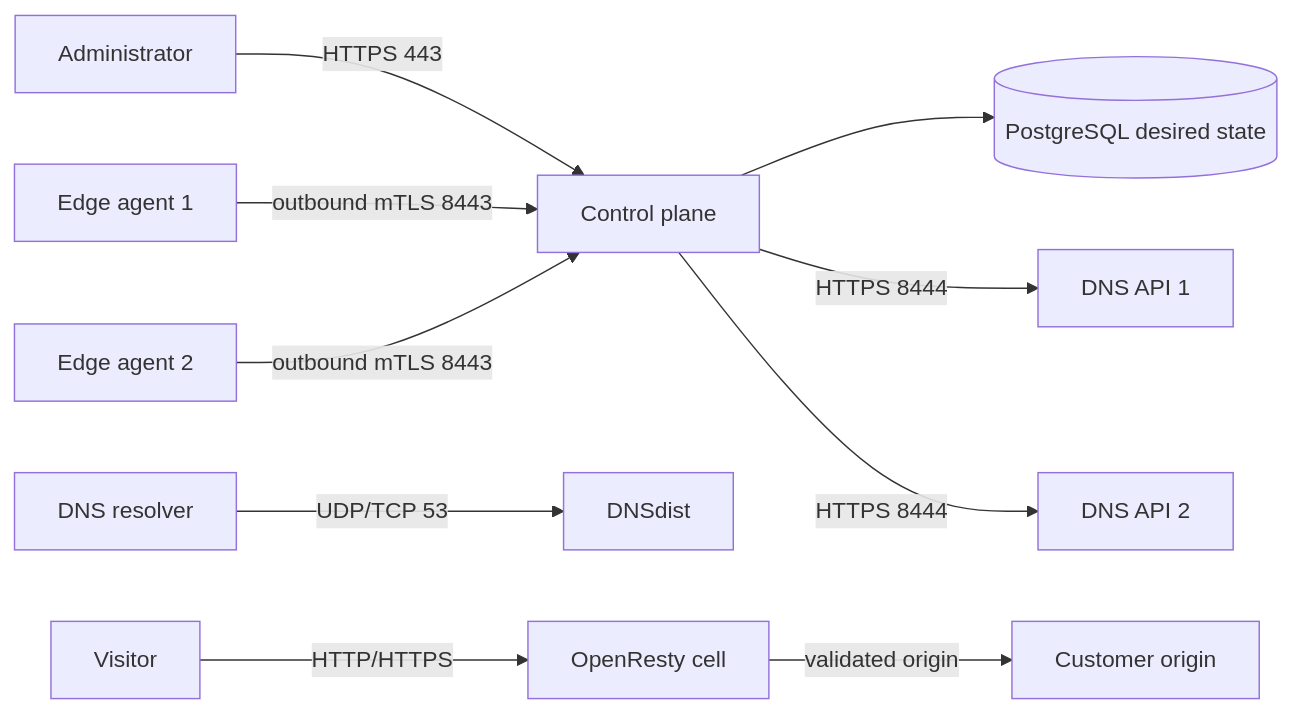
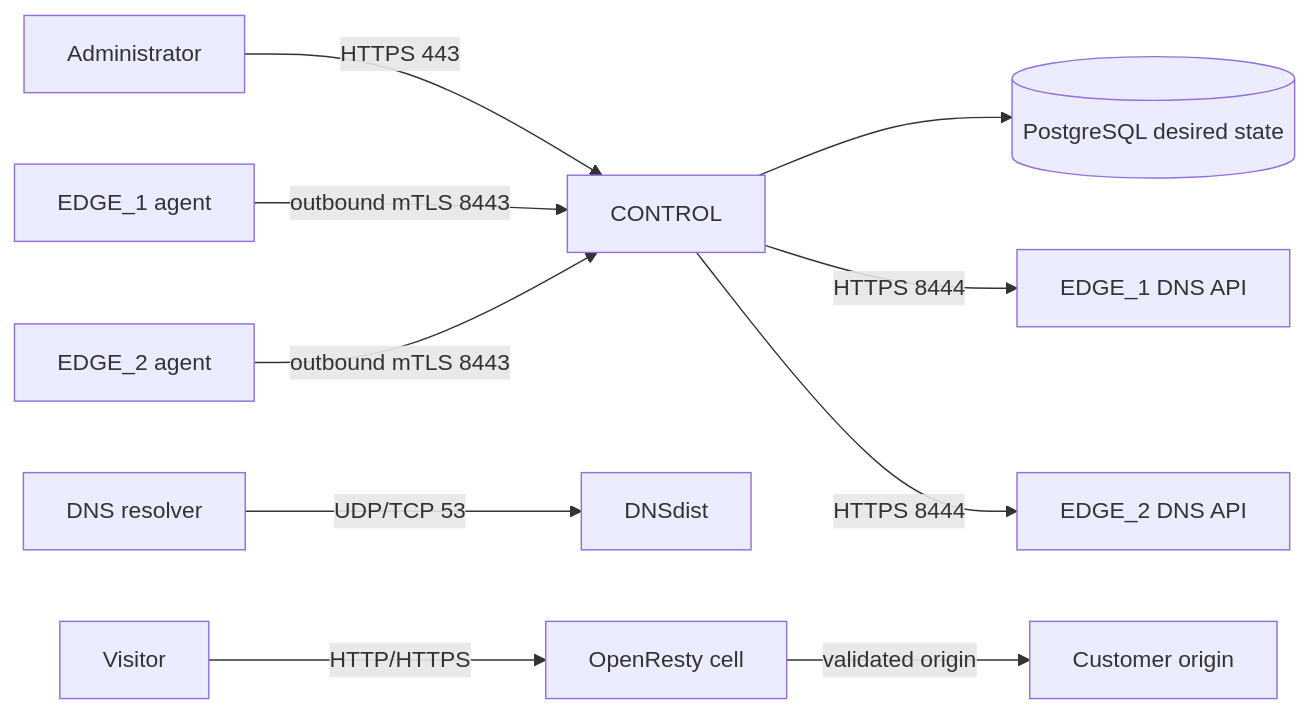
One commit to vaheed/CDNFoundry changed the diagram in docs/deployment/production-quick-start.md. Above: the diagram before and after it, drawn with Mermaid. The commit also changed other lines of this file and 73 other files, not shown here.

First line of the commit message:
Enhance documentation and code for edge agent and configuration management

````diff
--- a/docs/deployment/production-quick-start.md
+++ b/docs/deployment/production-quick-start.md
@@ -48,12 +48,12 @@
 ```mermaid
 flowchart LR
-    Admin["Administrator"] -->|"HTTPS 443"| Control["Control plane"]
+    Admin["Administrator"] -->|"HTTPS 443"| Control["CONTROL"]
     Control --> Desired[("PostgreSQL desired state")]
-    Agent1["Edge agent 1"] -->|"outbound mTLS 8443"| Control
-    Agent2["Edge agent 2"] -->|"outbound mTLS 8443"| Control
-    Control -->|"HTTPS 8444"| DNS1["DNS API 1"]
-    Control -->|"HTTPS 8444"| DNS2["DNS API 2"]
+    Agent1["EDGE_1 agent"] -->|"outbound mTLS 8443"| Control
+    Agent2["EDGE_2 agent"] -->|"outbound mTLS 8443"| Control
+    Control -->|"HTTPS 8444"| DNS1["EDGE_1 DNS API"]
+    Control -->|"HTTPS 8444"| DNS2["EDGE_2 DNS API"]
     Resolver["DNS resolver"] -->|"UDP/TCP 53"| DNSdist["DNSdist"]
     Visitor["Visitor"] -->|"HTTP/HTTPS"| Cell["OpenResty cell"]
     Cell -->|"validated origin"| Origin["Customer origin"]
 ```
````
